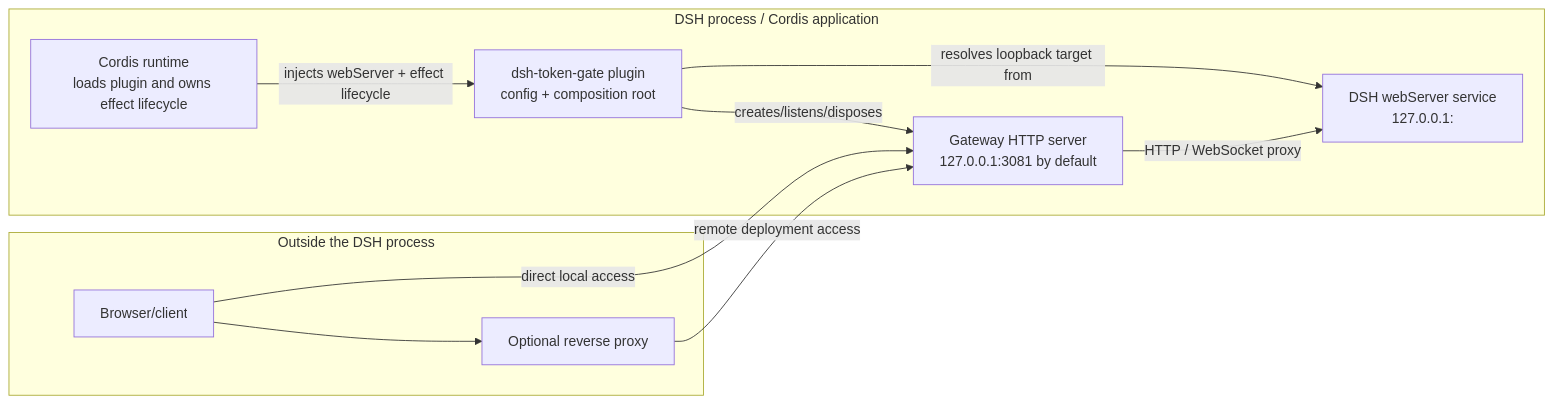
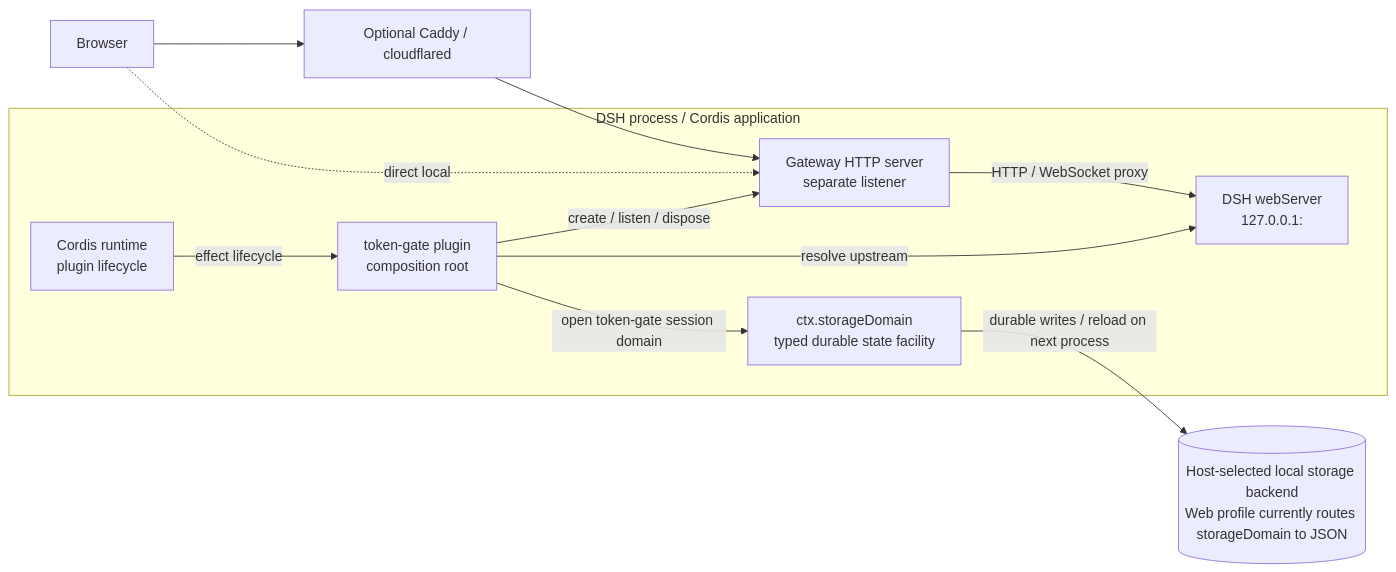
One commit to Ri0n72Y/dsh-token-gate changed the second of 9 diagrams in spec/architecture.md. Above: the diagram before and after it, drawn with Mermaid. The commit also changed other lines of this file, not shown here.

Commit message:
docs: redesign architecture from product requirements

````diff
--- a/spec/architecture.md
+++ b/spec/architecture.md
@@ -26,23 +36,26 @@
 ```mermaid
 flowchart LR
-    subgraph EXT[Outside the DSH process]
-        B["Browser/client"]
-        RP["Optional reverse proxy"]
-    end
+    B["Browser"]
+    RP["Optional Caddy / cloudflared"]
 
     subgraph PROC[DSH process / Cordis application]
-        C["Cordis runtime\nloads plugin and owns effect lifecycle"]
-        P["dsh-token-gate plugin\nconfig + composition root"]
-        G["Gateway HTTP server\n127.0.0.1:3081 by default"]
-        W["DSH webServer service\n127.0.0.1:<port>"]
+        C["Cordis runtime\nplugin lifecycle"]
+        TG["token-gate plugin\ncomposition root"]
+        G["Gateway HTTP server\nseparate listener"]
+        W["DSH webServer\n127.0.0.1:<port>"]
+        SD["ctx.storageDomain\ntyped durable state facility"]
 
-        C -->|injects webServer + effect lifecycle| P
-        P -->|creates/listens/disposes| G
-        P -->|resolves loopback target from| W
+        C -->|effect lifecycle| TG
+        TG -->|create / listen / dispose| G
+        TG -->|resolve upstream| W
+        TG -->|open token-gate session domain| SD
         G -->|HTTP / WebSocket proxy| W
     end
 
-    B -->|direct local access| G
+    MEDIUM[("Host-selected local storage backend\nWeb profile currently routes storageDomain to JSON")]
+
     B --> RP
-    RP -->|remote deployment access| G
+    B -. direct local .-> G
+    RP --> G
+    SD -->|durable writes / reload on next process| MEDIUM
 ```
````
